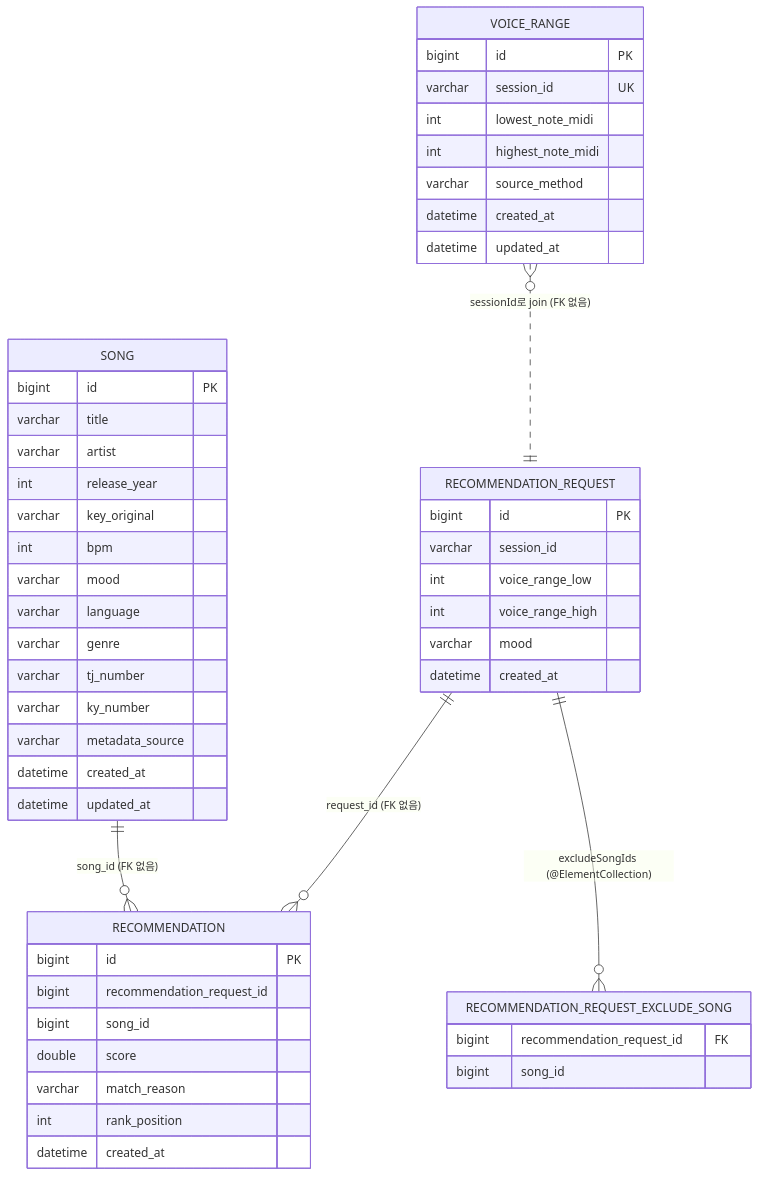
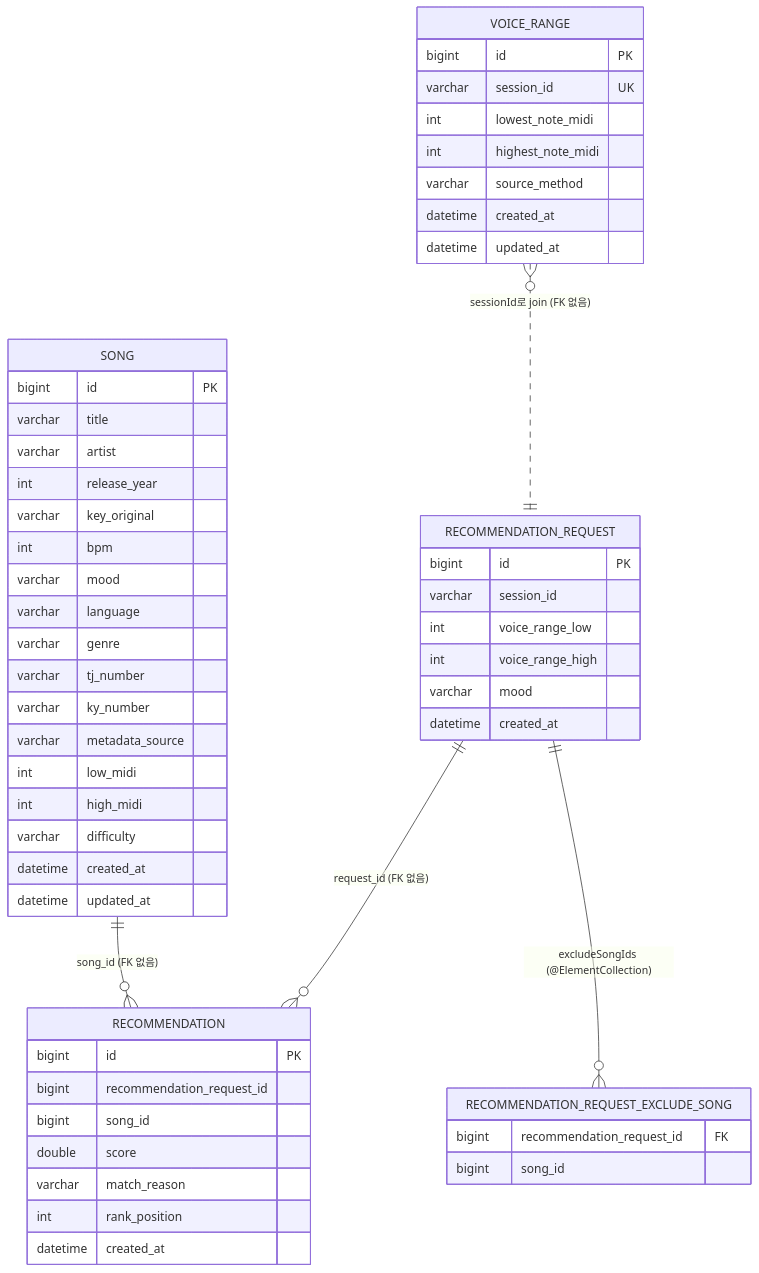
Before and after one commit to goohong/mobruji: the diagram in docs/ai-harness/06-domain-model.md, drawn with Mermaid. The commit also changed other lines of this file and 12 other files, not shown here.

````diff
--- a/docs/ai-harness/06-domain-model.md
+++ b/docs/ai-harness/06-domain-model.md
@@ -107,58 +113,61 @@
 ```mermaid
 erDiagram
     VOICE_RANGE {
         bigint id PK
         varchar session_id UK
         int lowest_note_midi
         int highest_note_midi
         varchar source_method
         datetime created_at
         datetime updated_at
     }
 
     SONG {
         bigint id PK
         varchar title
         varchar artist
         int release_year
         varchar key_original
         int bpm
         varchar mood
         varchar language
         varchar genre
         varchar tj_number
         varchar ky_number
         varchar metadata_source
+        int low_midi
+        int high_midi
+        varchar difficulty
         datetime created_at
         datetime updated_at
     }
 
     RECOMMENDATION_REQUEST {
         bigint id PK
         varchar session_id
         int voice_range_low
         int voice_range_high
         varchar mood
         datetime created_at
     }
 
     RECOMMENDATION {
         bigint id PK
         bigint recommendation_request_id
         bigint song_id
         double score
         varchar match_reason
         int rank_position
         datetime created_at
     }
 
     RECOMMENDATION_REQUEST_EXCLUDE_SONG {
         bigint recommendation_request_id FK
         bigint song_id
     }
 
     SONG ||--o{ RECOMMENDATION : "song_id (FK 없음)"
     RECOMMENDATION_REQUEST ||--o{ RECOMMENDATION : "request_id (FK 없음)"
     RECOMMENDATION_REQUEST ||--o{ RECOMMENDATION_REQUEST_EXCLUDE_SONG : "excludeSongIds (@ElementCollection)"
     VOICE_RANGE }o..|| RECOMMENDATION_REQUEST : "sessionId로 join (FK 없음)"
 ```
````
